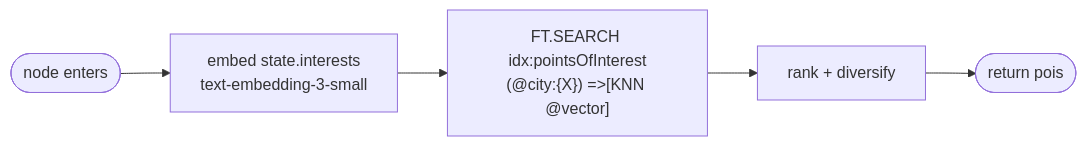
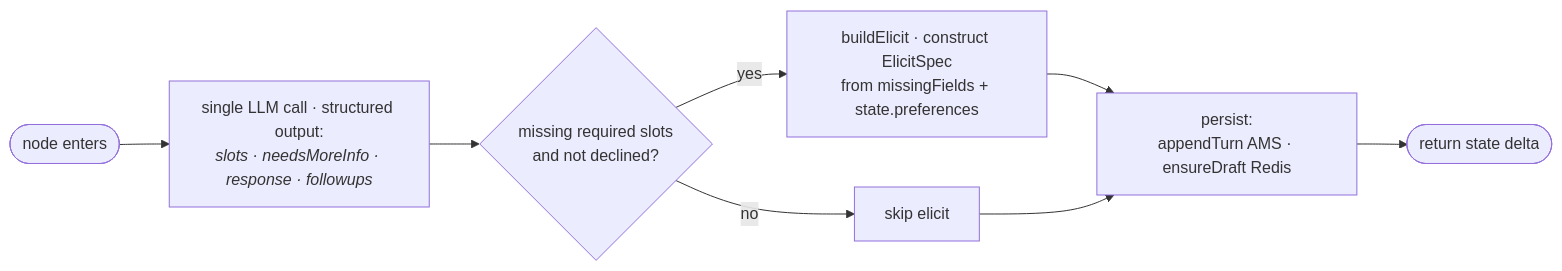
Before and after one commit to booleanhunter/travel-planning-agent-agui-langraph: the third of 3 diagrams in docs/diagrams/flowchart.md, drawn with Mermaid. The commit also changed other lines of this file and 8 other files, not shown here.

First line of the commit message:
docs(diagrams): realign the diagrams with the shipped graph

````diff
--- a/docs/diagrams/flowchart.md
+++ b/docs/diagrams/flowchart.md
@@ -24,7 +42,10 @@
 ```mermaid
 flowchart LR
-      IN([node enters]) --> EM[embed state.interests<br/>text-embedding-3-small]
-      EM --> KNN["FT.SEARCH idx:pointsOfInterest<br/>(@city:{X}) =>[KNN @vector]"]
-      KNN --> RANK[rank + diversify]
-      RANK --> OUT([return pois])
+      IN([node enters]) --> LLM[single LLM call · structured output:<br/><i>slots · needsMoreInfo · response · followups</i>]
+      LLM --> ELI{missing required slots<br/>and not declined?}
+      ELI -->|yes| BE[buildElicit · construct ElicitSpec<br/>from missingFields + state.preferences]
+      ELI -->|no| SK[skip elicit]
+      BE --> PSV[persist:<br/>appendTurn AMS · ensureDraft Redis]
+      SK --> PSV
+      PSV --> OUT([return state delta])
 ```
````
